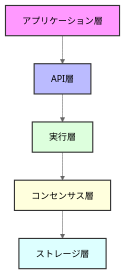
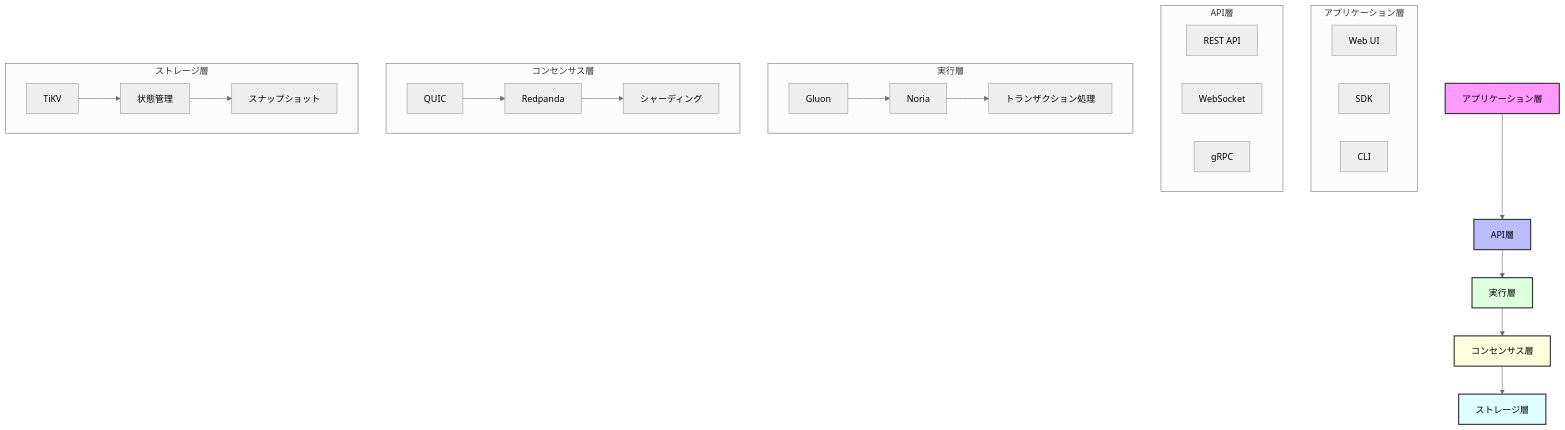
One commit to enablerdao/rustorium changed the diagram in README.md. Above: the diagram before and after it, drawn with Mermaid (neutral theme). The commit also changed other lines of this file, not shown here.

Commit message:
Update README with new architecture diagram and tech stack

````diff
--- a/README.md
+++ b/README.md
@@ -46,13 +47,36 @@
 ```mermaid
 graph TD
     A[アプリケーション層] --> B[API層]
     B --> C[実行層]
     C --> D[コンセンサス層]
     D --> E[ストレージ層]
-    
+
+    subgraph "アプリケーション層"
+        A1[Web UI] & A2[SDK] & A3[CLI]
+    end
+
+    subgraph "API層"
+        B1[REST API] & B2[WebSocket] & B3[gRPC]
+    end
+
+    subgraph "実行層"
+        C1[Gluon] --> C2[Noria]
+        C2 --> C3[トランザクション処理]
+    end
+
+    subgraph "コンセンサス層"
+        D1[QUIC] --> D2[Redpanda]
+        D2 --> D3[シャーディング]
+    end
+
+    subgraph "ストレージ層"
+        E1[TiKV] --> E2[状態管理]
+        E2 --> E3[スナップショット]
+    end
+
     style A fill:#f9f,stroke:#333,stroke-width:2px
     style B fill:#bbf,stroke:#333,stroke-width:2px
     style C fill:#dfd,stroke:#333,stroke-width:2px
     style D fill:#ffd,stroke:#333,stroke-width:2px
     style E fill:#dff,stroke:#333,stroke-width:2px
 ```
````
